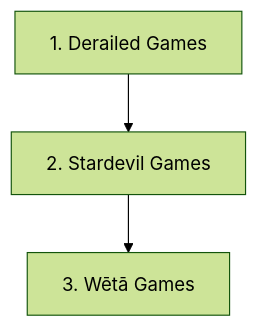
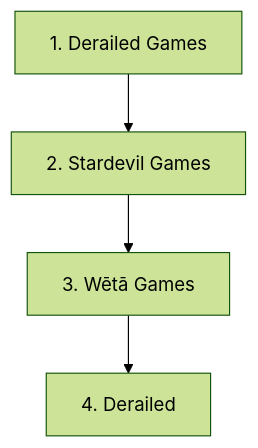
One commit to H4ckerxx44/vincent-everything-org-name-history changed the diagram in games/README.md. Above: the diagram before and after it, drawn with Mermaid (forest theme). The commit also changed other lines of this file, not shown here.

````diff
--- a/games/README.md
+++ b/games/README.md
@@ -11,10 +12,11 @@
 ```mermaid
 ---
 title Names of Vincent's Gaming stuff
 ---
 flowchart TD
 
 Derailedgames[1. Derailed Games] --> Stardevilgames[2. Stardevil Games]
 Stardevilgames[2. Stardevil Games] --> Wētāgames[3. Wētā Games]
+Wētāgames --> Derailed[4. Derailed]
 
 ```
````
